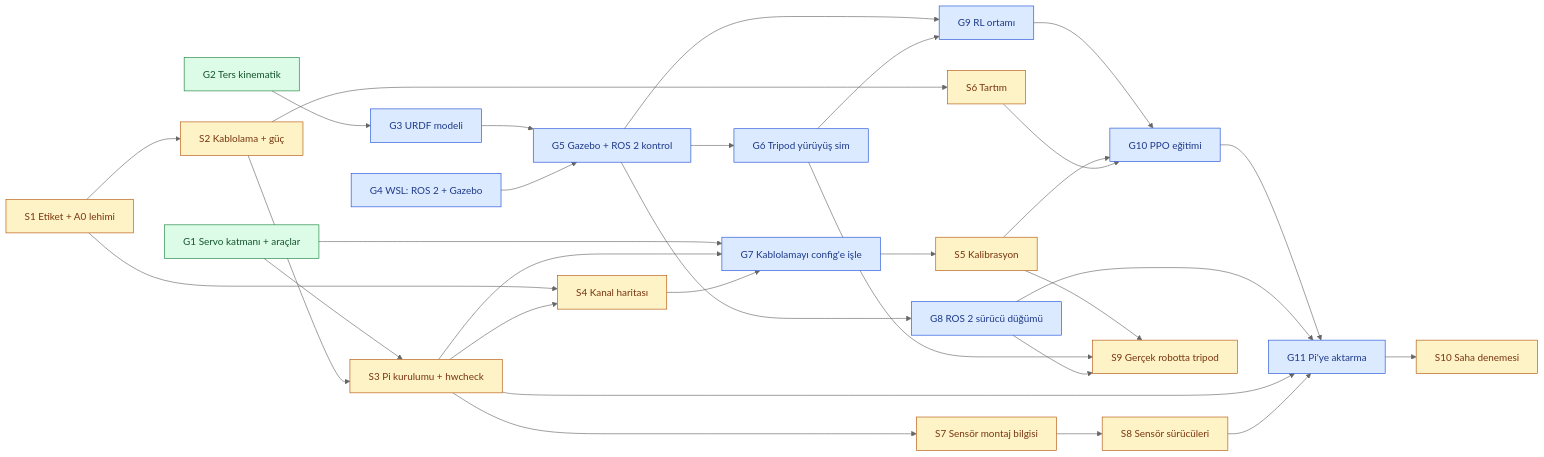
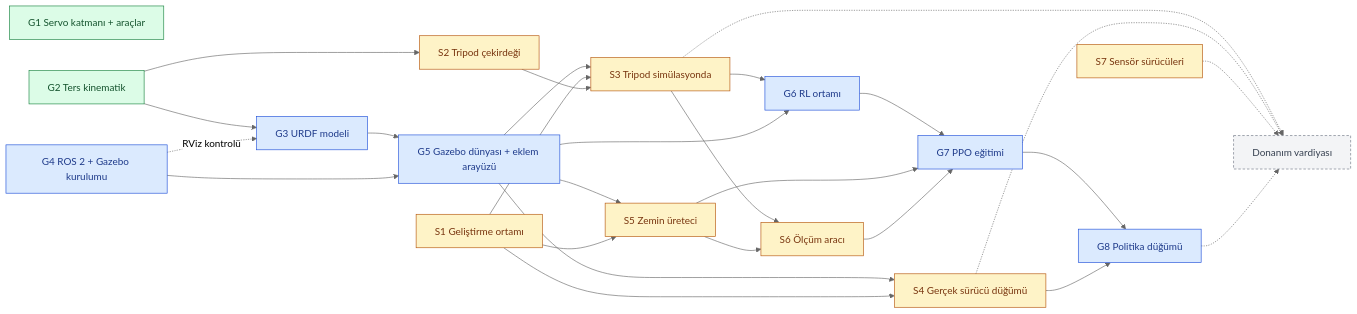
The first of 2 diagrams in GOREVLER.md (g0rkm/hexapod), drawn with Mermaid (neutral theme) before and after one commit. The commit also changed other lines of this file and 3 other files, not shown here.

````diff
--- a/GOREVLER.md
+++ b/GOREVLER.md
@@ -26,60 +29,55 @@
 ```mermaid
 flowchart LR
     classDef gorkem fill:#dbeafe,stroke:#1d4ed8,color:#1e3a8a
     classDef samet fill:#fef3c7,stroke:#b45309,color:#78350f
     classDef done fill:#dcfce7,stroke:#15803d,color:#14532d
+    classDef paused fill:#f3f4f6,stroke:#6b7280,color:#374151,stroke-dasharray:4 3
 
     G1[G1 Servo katmanı + araçlar]:::done
     G2[G2 Ters kinematik]:::done
     G3[G3 URDF modeli]:::gorkem
-    G4[G4 WSL: ROS 2 + Gazebo]:::gorkem
-    G5[G5 Gazebo + ROS 2 kontrol]:::gorkem
-    G6[G6 Tripod yürüyüş sim]:::gorkem
-    G7[G7 Kablolamayı config'e işle]:::gorkem
-    G8[G8 ROS 2 sürücü düğümü]:::gorkem
-    G9[G9 RL ortamı]:::gorkem
-    G10[G10 PPO eğitimi]:::gorkem
-    G11[G11 Pi'ye aktarma]:::gorkem
+    G4[G4 ROS 2 + Gazebo kurulumu]:::gorkem
+    G5[G5 Gazebo dünyası + eklem arayüzü]:::gorkem
+    G6[G6 RL ortamı]:::gorkem
+    G7[G7 PPO eğitimi]:::gorkem
+    G8[G8 Politika düğümü]:::gorkem
 
-    S1[S1 Etiket + A0 lehimi]:::samet
-    S2[S2 Kablolama + güç]:::samet
-    S3[S3 Pi kurulumu + hwcheck]:::samet
-    S4[S4 Kanal haritası]:::samet
-    S5[S5 Kalibrasyon]:::samet
-    S6[S6 Tartım]:::samet
-    S7[S7 Sensör montaj bilgisi]:::samet
-    S8[S8 Sensör sürücüleri]:::samet
-    S9[S9 Gerçek robotta tripod]:::samet
-    S10[S10 Saha denemesi]:::samet
+    S1[S1 Geliştirme ortamı]:::samet
+    S2[S2 Tripod çekirdeği]:::samet
+    S3[S3 Tripod simülasyonda]:::samet
+    S4[S4 Gerçek sürücü düğümü]:::samet
+    S5[S5 Zemin üreteci]:::samet
+    S6[S6 Ölçüm aracı]:::samet
+    S7[S7 Sensör sürücüleri]:::samet
 
-    G1 --> S3
-    G1 --> G7
+    D[Donanım vardiyası]:::paused
+
     G2 --> G3
+    G4 -.->|RViz kontrolü| G3
     G3 --> G5
     G4 --> G5
+    G2 --> S2
+
+    G5 --> S3
+    G5 --> S4
+    G5 --> S5
+    S1 --> S3
+    S1 --> S4
+    S1 --> S5
+    S2 --> S3
+
+    S3 --> G6
     G5 --> G6
-    G5 --> G8
-    G5 --> G9
-    G6 --> G9
-    G9 --> G10
-    G10 --> G11
-    G8 --> G11
+    G6 --> G7
+    S5 --> G7
+    S6 --> G7
+    S3 --> S6
+    S5 --> S6
+    G7 --> G8
+    S4 --> G8
 
-    S1 --> S2 --> S3
-    S1 --> S4
-    S3 --> S4
-    S2 --> S6
-    S3 --> S7 --> S8
-
-    S3 --> G7
-    S4 --> G7
-    G7 --> S5
-    S5 --> G10
-    S6 --> G10
-    S3 --> G11
-    S8 --> G11
-    S5 --> S9
-    G6 --> S9
-    G8 --> S9
-    G11 --> S10
+    S3 -.-> D
+    S4 -.-> D
+    S7 -.-> D
+    G8 -.-> D
 ```
````
